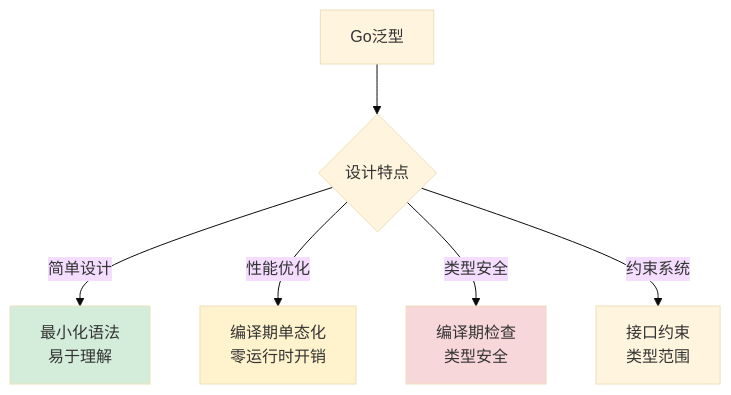
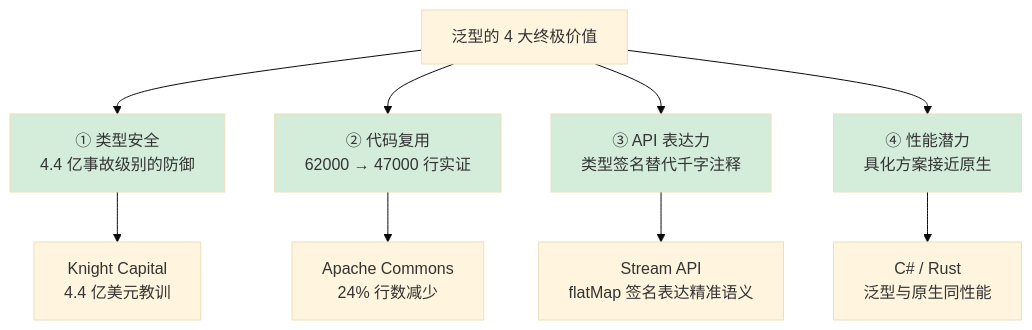
One commit to chongyang211/YCBookBlog changed diagram 26 of 28 in 00.通用技术的提升/02.程序编程原理/04.泛型设计灵魂思想.md. Above: the diagram before and after it, drawn with Mermaid (base theme). The commit also changed other lines of this file and 6 other files, not shown here.

````diff
--- a/00.通用技术的提升/02.程序编程原理/04.泛型设计灵魂思想.md
+++ b/00.通用技术的提升/02.程序编程原理/04.泛型设计灵魂思想.md
@@ -1447,12 +2701,17 @@
 ```mermaid
-graph TB
-    A[Go泛型] --> B{设计特点}
-    B -->|简单设计| C[最小化语法<br/>易于理解]
-    B -->|性能优化| D[编译期单态化<br/>零运行时开销]
-    B -->|类型安全| E[编译期检查<br/>类型安全]
-    B -->|约束系统| F[接口约束<br/>类型范围]
-    
+flowchart TD
+    A[泛型的 4 大终极价值] --> B[① 类型安全<br/>4.4 亿事故级别的防御]
+    A --> C[② 代码复用<br/>62000 → 47000 行实证]
+    A --> D[③ API 表达力<br/>类型签名替代千字注释]
+    A --> E[④ 性能潜力<br/>具化方案接近原生]
+
+    B --> B1[Knight Capital<br/>4.4 亿美元教训]
+    C --> C1[Apache Commons<br/>24% 行数减少]
+    D --> D1[Stream API<br/>flatMap 签名表达精准语义]
+    E --> E1[C# / Rust<br/>泛型与原生同性能]
+
+    style B fill:#d4edda
     style C fill:#d4edda
-    style D fill:#fff3cd
-    style E fill:#f8d7da
+    style D fill:#d4edda
+    style E fill:#d4edda
 ```
````
